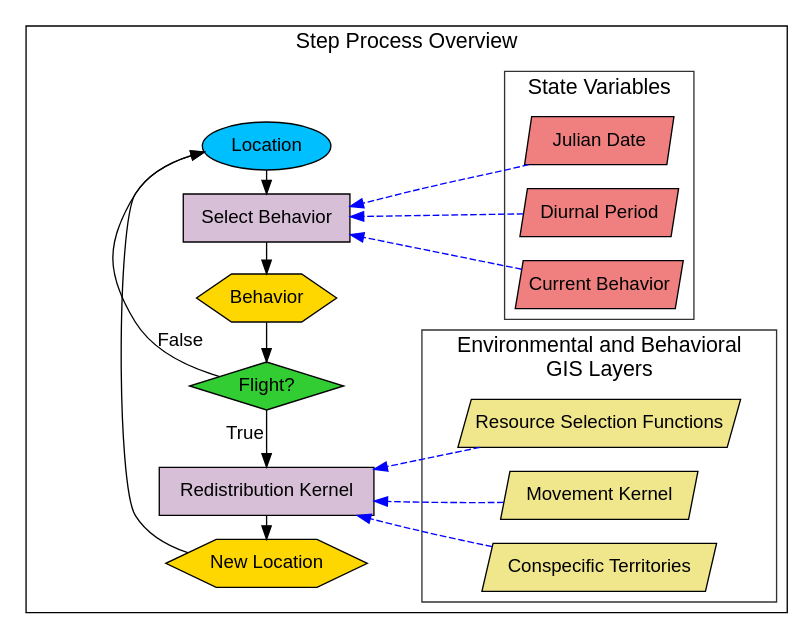
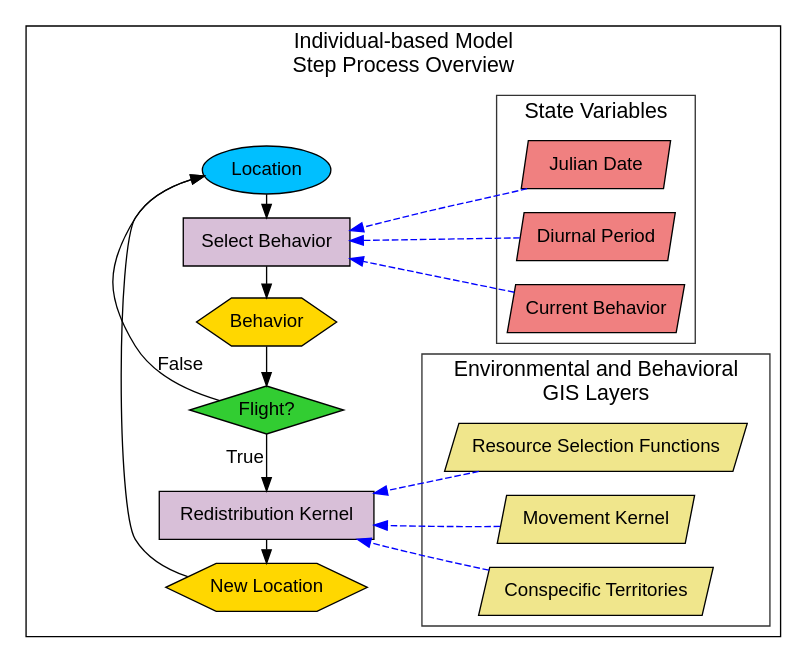
One commit to Blakemassey/baea_ibm changed the diagram in R/Graphviz/IBM_Basic_Step_Overview.gv. Above: the diagram before and after it, drawn with Graphviz. The commit also changed 28 other files, not shown here.

```diff
--- a/R/Graphviz/IBM_Basic_Step_Overview.gv
+++ b/R/Graphviz/IBM_Basic_Step_Overview.gv
@@ -1,111 +1,111 @@
 digraph {
   forcelabels=true;
   rankdir = LR;
   fontsize = 16
   fontname = Helvetica
   node [shape = oval, fontname = Helvetica, style = filled];
   a01 [label = "Location", shape = oval, fillcolor = DeepSkyBlue];
   a02 [label = "Select Behavior", shape = rectangle, fillcolor = Thistle];
   a03 [label = "Behavior", shape = hexagon, fillcolor = Gold, margin =.05];
   a04 [label = "Flight?", shape = diamond, fillcolor = LimeGreen];
   a05 [label = "Redistribution Kernel", shape = rectangle, fillcolor = Thistle];
   a06 [label = "New Location", shape = hexagon, fillcolor = Gold, margin=.05];
   node [style = invis];
   a07 ;
   node [shape = polygon, style = filled, fillcolor = LightCoral,
     fixedsize = true, margin = 0, skew = 0.1];
   b01 [label = "Julian Date", width = 1.55];
   b02 [label = "Diurnal Period", width = 1.65];
-  b03 [label = "Current Behavior", width = 1.75];
+  b03 [label = "Current Behavior", width = 1.85];
   node [shape = polygon, style = filled, fillcolor = Khaki, fixedsize = true,
     margin = 0, skew = 0.1];
-  c01 [label = "Resource Selection Functions", width = 2.95];
+  c01 [label = "Resource Selection Functions", width = 3.15];
   c02 [label = "Movement Kernel", width = 2.05];
   c03 [label = "Conspecific Territories", width = 2.45];
   subgraph cluster_0 {
-    label = "Step Process Overview"
+    label = "Individual-based Model\nStep Process Overview"
     a01, a02, a03, a04, a05, a06
     edge[constraint = false, weight = 1000, fontsize = 14, fontname = Helvetica]
       a04  -> a01[taillabel = "False", labeldistance = 4]
     edge[constraint = false, weight = .1, fontsize = 14]
       a06  -> a01
     edge[style = invis, constraint = true]
       a07 -> a03
       a02 -> b01
       a05 -> c02
     edge[style = solid, minlen = 1, color = black, constraint = true, dir =back,
         fontsize = 14, fontname = Helvetica]
       a06 -> a05
       a05 -> a04[headlabel = "True    ", labeldistance = 2]
       a04 -> a03 -> a02 -> a01
     subgraph cluster_1 {
       label = "State Variables";
       color = grey20;
       b01, b02, b03;
       edge[color = blue,  minlen = 0, constraint = false, style = dashed, dir = front];
         {b01 b02 b03} -> a02
     }
     subgraph cluster_2 {
-      label = "Environmental and Behavioral \nGIS Layers";
+      label = "Environmental and Behavioral\nGIS Layers";
       color = grey20;
       c01, c02, c03;
       edge[color = blue, minlen = 0, constraint = false, style = dashed, dir = front];
         {c01 c02 c03} -> a05
     }
     {
       rank=same;
       a01, a02, a03, a04, a05, a06
     }
   }
 }
 
 //digraph {
 //  rankdir = TB
 //  subgraph cluster_0 {
 //    label = "Process Overview"
 //    fontsize = "16"
 //    node [fillcolor = DeepSkyBlue, fontname = Helvetica, style = filled]
 //      "Eagle Location", "New Location"
 //    node [fillcolor = Gold, fontname = Helvetica, style = filled]
 //      "Behavior"
 //    node [shape = rectangle, fillcolor = Thistle, fontname = Helvetica,
 //      style = filled]
 //      "Select Behavior", "Redistribution Kernel"
 //    subgraph cluster_1 {
 //      label = "State Variables"
 //      fontsize = 16;
 //      node[shape = rounded, fillcolor = LightCoral, style = filled]
 //        "Julian Date";
 //      node[shape = rounded, fillcolor = LightCoral, style = filled]
 //       "Daily Period";
 //      node[shape = rounded, fillcolor = LightCoral, style = filled]
 //        "Current Behavior";
 //      //edge[contstaint = false]
       //  "Julian Date"->"Daily Period"
       //"Daily Period"->"Current Behavior"
 //    }
 //    node[shape = diamond, fillcolor = LimeGreen]
 //      "Flight?"
 //    edge [color = black]
 //      "Eagle Location" -> "Select Behavior"
 //      "Select Behavior" -> "Behavior"
 //      "Behavior" -> "Flight?"
 //      "Flight?" -> "Redistribution Kernel"[label = " Yes"]
 //      "Redistribution Kernel" -> "New Location"
 //      "Flight?" -> "Eagle Location"[label = " No"]
 //      "New Location" -> "Eagle Location"
 //    subgraph cluster_2 {
 //      label = "Environmental and Behavioral \nGIS Layers"
 //      fontsize = 16
 //      node[shape = rounded, fillcolor = Khaki, style = filled]
 //      "Resource Selection Function", "Movement Kernel", "Conspecific Kernel"
 //    }
 //    edge[color = blue, style = dashed, weight = .5]
 //    "Julian Date" -> "Select Behavior"
 //    "Daily Period" -> "Select Behavior"
 //    "Current Behavior" -> "Select Behavior"
 //    "Resource Selection Function" -> "Redistribution Kernel"
 //    "Movement Kernel" -> "Redistribution Kernel"
 //    "Conspecific Kernel" -> "Redistribution Kernel";
 //  }
 //}
```
